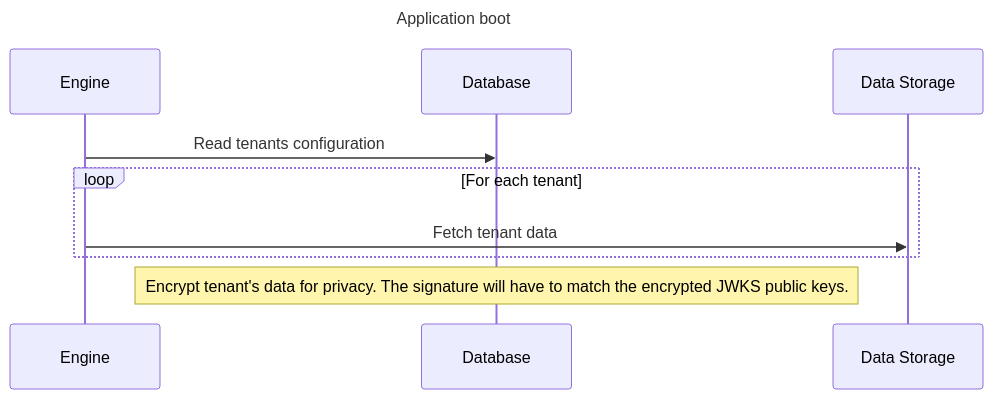
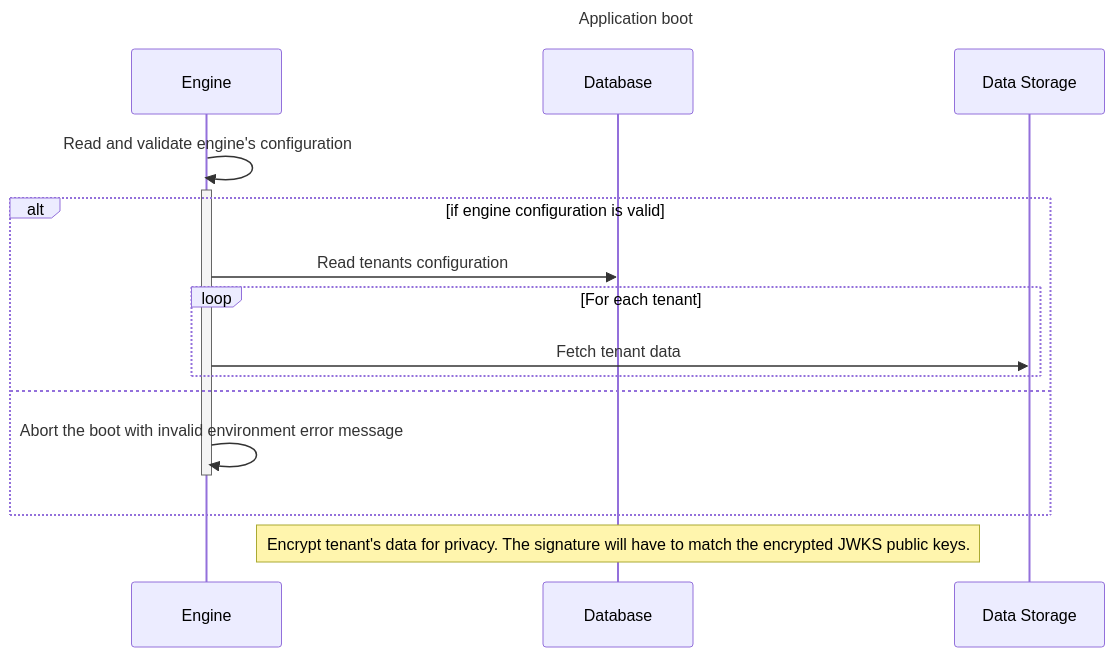
Before and after one commit to narval-xyz/armory: the third of 4 diagrams in doc/policy-engine-setup.md, drawn with Mermaid. The commit also changed other lines of this file, not shown here.

First line of the commit message:
Add terminology for data storage and database

````diff
--- a/doc/policy-engine-setup.md
+++ b/doc/policy-engine-setup.md
@@ -76,14 +83,21 @@
 ```mermaid
 sequenceDiagram
   title Application boot
 
   participant Engine
   participant DB as Database
   participant DS as Data Storage
 
-  Engine ->> DB: Read tenants configuration
-  loop For each tenant
-    Engine ->> DS: Fetch tenant data
+  Engine ->> Engine: Read and validate engine's configuration 
+  activate Engine
+  alt if engine configuration is valid
+    Engine ->> DB: Read tenants configuration
+    loop For each tenant
+      Engine ->> DS: Fetch tenant data
+    end
+  else 
+    Engine ->> Engine: Abort the boot with invalid environment error message 
+    deactivate Engine
   end
   Note over DB: Encrypt tenant's data for privacy. The signature will have to match the encrypted JWKS public keys.
 ```
````
